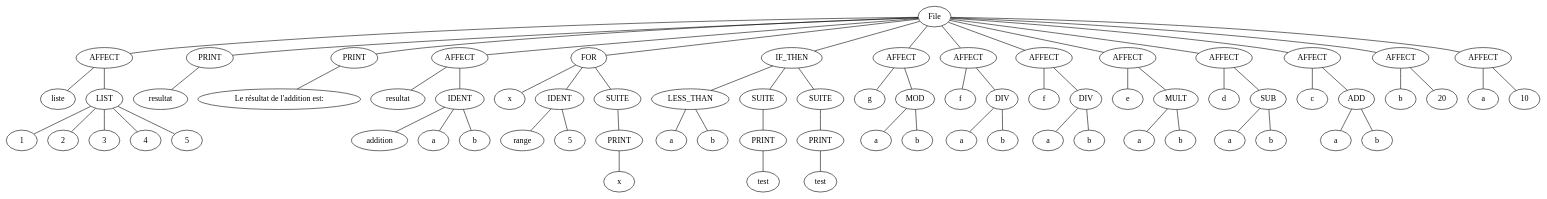
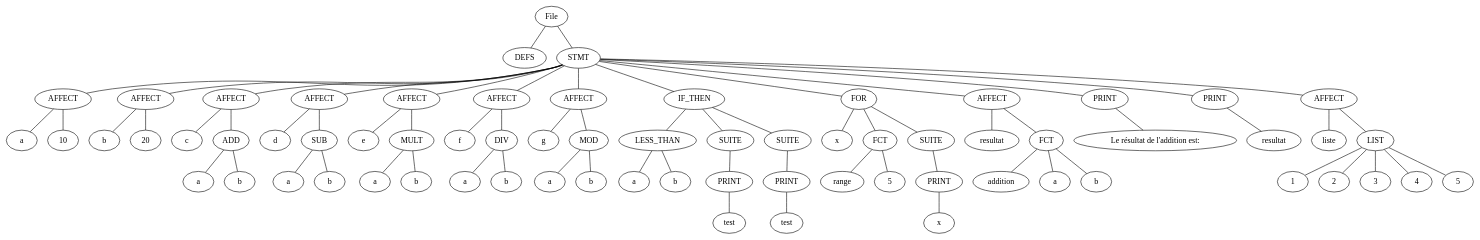
Before and after one commit to nathanl0204/pcl1: the diagram in app/src/main/resources/output.dot, drawn with Graphviz. The commit also changed 6 other files, not shown here.

Commit message:
modif de l'affichage du graph

```diff
--- a/app/src/main/resources/output.dot
+++ b/app/src/main/resources/output.dot
@@ -1,147 +1,141 @@
 graph G {
   root [label="File"];
-  root -- root_681842940;
-  root_681842940 [label="AFFECT"];
-  root_681842940_leftExpr [label="liste"];
-  root_681842940 -- root_681842940_leftExpr;
-  root_681842940_rightExpr [label="LIST"];
-  root_681842940_rightExpr -- root_681842940_rightExpr_2001049719;
-  root_681842940_rightExpr_2001049719 [label="1"];
-  root_681842940_rightExpr -- root_681842940_rightExpr_1528902577;
-  root_681842940_rightExpr_1528902577 [label="2"];
-  root_681842940_rightExpr -- root_681842940_rightExpr_1927950199;
-  root_681842940_rightExpr_1927950199 [label="3"];
-  root_681842940_rightExpr -- root_681842940_rightExpr_868693306;
-  root_681842940_rightExpr_868693306 [label="4"];
-  root_681842940_rightExpr -- root_681842940_rightExpr_1746572565;
-  root_681842940_rightExpr_1746572565 [label="5"];
-  root_681842940 -- root_681842940_rightExpr;
-  root -- root_989110044;
-  root_989110044 [label="PRINT"];
-  root_989110044 -- root_989110044_;
-  root_989110044_ [label="resultat"];
-  root -- root_424058530;
-  root_424058530 [label="PRINT"];
-  root_424058530 -- root_424058530_;
-  root_424058530_ [label="Le résultat de l'addition est:"];
-  root -- root_321001045;
-  root_321001045 [label="AFFECT"];
-  root_321001045_leftExpr [label="resultat"];
-  root_321001045 -- root_321001045_leftExpr;
-  root_321001045_rightExpr [label="IDENT"];
-  root_321001045_rightExpr -- root_321001045_rightExpr_791452441;
-  root_321001045_rightExpr_791452441 [label="addition"];
-  root_321001045_rightExpr -- root_321001045_rightExpr_834600351;
-  root_321001045_rightExpr_834600351 [label="a"];
-  root_321001045_rightExpr -- root_321001045_rightExpr_471910020;
-  root_321001045_rightExpr_471910020 [label="b"];
-  root_321001045 -- root_321001045_rightExpr;
-  root -- root_531885035;
-  root_531885035 [label="FOR"];
-  root_531885035 -- root_531885035_ident;
-  root_531885035_ident [label="x"];
-  root_531885035 -- root_531885035_expr;
-  root_531885035_expr [label="IDENT"];
-  root_531885035_expr -- root_531885035_expr_1418481495;
-  root_531885035_expr_1418481495 [label="range"];
-  root_531885035_expr -- root_531885035_expr_303563356;
-  root_531885035_expr_303563356 [label="5"];
-  root_531885035 -- root_531885035_suite;
-  root_531885035_suite [label="SUITE"];
-  root_531885035_suite -- root_531885035_suite_135721597;
-  root_531885035_suite_135721597 [label="PRINT"];
-  root_531885035_suite_135721597 -- root_531885035_suite_135721597_;
-  root_531885035_suite_135721597_ [label="x"];
-  root -- root_142257191;
-  root_142257191 [label="IF_THEN"];
-  root_142257191 -- root_142257191_if;
-  root_142257191_if [label="LESS_THAN"];
-  root_142257191_if -- root_142257191_if_left;
-  root_142257191_if_left [label="a"];
-  root_142257191_if -- root_142257191_if_right;
-  root_142257191_if_right [label="b"];
-  root_142257191 -- root_142257191_then;
-  root_142257191_then [label="SUITE"];
-  root_142257191_then -- root_142257191_then_1044036744;
-  root_142257191_then_1044036744 [label="PRINT"];
-  root_142257191_then_1044036744 -- root_142257191_then_1044036744_;
-  root_142257191_then_1044036744_ [label="test"];
-  root_142257191 -- root_142257191_else;
-  root_142257191_else [label="SUITE"];
-  root_142257191_else -- root_142257191_else_1826771953;
-  root_142257191_else_1826771953 [label="PRINT"];
-  root_142257191_else_1826771953 -- root_142257191_else_1826771953_;
-  root_142257191_else_1826771953_ [label="test"];
-  root -- root_1406718218;
-  root_1406718218 [label="AFFECT"];
-  root_1406718218_leftExpr [label="g"];
-  root_1406718218 -- root_1406718218_leftExpr;
-  root_1406718218_rightExpr [label="MOD"];
-  root_1406718218_rightExpr -- root_1406718218_rightExpr_left;
-  root_1406718218_rightExpr_left [label="a"];
-  root_1406718218_rightExpr -- root_1406718218_rightExpr_right;
-  root_1406718218_rightExpr_right [label="b"];
-  root_1406718218 -- root_1406718218_rightExpr;
-  root -- root_245257410;
-  root_245257410 [label="AFFECT"];
-  root_245257410_leftExpr [label="f"];
-  root_245257410 -- root_245257410_leftExpr;
-  root_245257410_rightExpr [label="DIV"];
-  root_245257410_rightExpr -- root_245257410_rightExpr_left;
-  root_245257410_rightExpr_left [label="a"];
-  root_245257410_rightExpr -- root_245257410_rightExpr_right;
-  root_245257410_rightExpr_right [label="b"];
-  root_245257410 -- root_245257410_rightExpr;
-  root -- root_1705736037;
-  root_1705736037 [label="AFFECT"];
-  root_1705736037_leftExpr [label="f"];
-  root_1705736037 -- root_1705736037_leftExpr;
-  root_1705736037_rightExpr [label="DIV"];
-  root_1705736037_rightExpr -- root_1705736037_rightExpr_left;
-  root_1705736037_rightExpr_left [label="a"];
-  root_1705736037_rightExpr -- root_1705736037_rightExpr_right;
-  root_1705736037_rightExpr_right [label="b"];
-  root_1705736037 -- root_1705736037_rightExpr;
-  root -- root_455659002;
-  root_455659002 [label="AFFECT"];
-  root_455659002_leftExpr [label="e"];
-  root_455659002 -- root_455659002_leftExpr;
-  root_455659002_rightExpr [label="MULT"];
-  root_455659002_rightExpr -- root_455659002_rightExpr_left;
-  root_455659002_rightExpr_left [label="a"];
-  root_455659002_rightExpr -- root_455659002_rightExpr_right;
-  root_455659002_rightExpr_right [label="b"];
-  root_455659002 -- root_455659002_rightExpr;
-  root -- root_250421012;
-  root_250421012 [label="AFFECT"];
-  root_250421012_leftExpr [label="d"];
-  root_250421012 -- root_250421012_leftExpr;
-  root_250421012_rightExpr [label="SUB"];
-  root_250421012_rightExpr -- root_250421012_rightExpr_left;
-  root_250421012_rightExpr_left [label="a"];
-  root_250421012_rightExpr -- root_250421012_rightExpr_right;
-  root_250421012_rightExpr_right [label="b"];
-  root_250421012 -- root_250421012_rightExpr;
-  root -- root_1915318863;
-  root_1915318863 [label="AFFECT"];
-  root_1915318863_leftExpr [label="c"];
-  root_1915318863 -- root_1915318863_leftExpr;
-  root_1915318863_rightExpr [label="ADD"];
-  root_1915318863_rightExpr -- root_1915318863_rightExpr_left;
-  root_1915318863_rightExpr_left [label="a"];
-  root_1915318863_rightExpr -- root_1915318863_rightExpr_right;
-  root_1915318863_rightExpr_right [label="b"];
-  root_1915318863 -- root_1915318863_rightExpr;
-  root -- root_1283928880;
-  root_1283928880 [label="AFFECT"];
-  root_1283928880_leftExpr [label="b"];
-  root_1283928880 -- root_1283928880_leftExpr;
-  root_1283928880_rightExpr [label="20"];
-  root_1283928880 -- root_1283928880_rightExpr;
-  root -- root_295530567;
-  root_295530567 [label="AFFECT"];
-  root_295530567_leftExpr [label="a"];
-  root_295530567 -- root_295530567_leftExpr;
-  root_295530567_rightExpr [label="10"];
-  root_295530567 -- root_295530567_rightExpr;
+  root -- root_defs;
+  root_defs [label="DEFS"];
+  root -- root_stmts;
+  root_stmts [label="STMT"];
+  root_stmts -- root_stmts_2061475679;
+  root_stmts_2061475679 [label="AFFECT"];
+  root_stmts_2061475679_leftExpr [label="a"];
+  root_stmts_2061475679 -- root_stmts_2061475679_leftExpr;
+  root_stmts_2061475679_rightExpr [label="10"];
+  root_stmts_2061475679 -- root_stmts_2061475679_rightExpr;
+  root_stmts -- root_stmts_989110044;
+  root_stmts_989110044 [label="AFFECT"];
+  root_stmts_989110044_leftExpr [label="b"];
+  root_stmts_989110044 -- root_stmts_989110044_leftExpr;
+  root_stmts_989110044_rightExpr [label="20"];
+  root_stmts_989110044 -- root_stmts_989110044_rightExpr;
+  root_stmts -- root_stmts_424058530;
+  root_stmts_424058530 [label="AFFECT"];
+  root_stmts_424058530_leftExpr [label="c"];
+  root_stmts_424058530 -- root_stmts_424058530_leftExpr;
+  root_stmts_424058530_rightExpr [label="ADD"];
+  root_stmts_424058530_rightExpr -- root_stmts_424058530_rightExpr_left;
+  root_stmts_424058530_rightExpr_left [label="a"];
+  root_stmts_424058530_rightExpr -- root_stmts_424058530_rightExpr_right;
+  root_stmts_424058530_rightExpr_right [label="b"];
+  root_stmts_424058530 -- root_stmts_424058530_rightExpr;
+  root_stmts -- root_stmts_321001045;
+  root_stmts_321001045 [label="AFFECT"];
+  root_stmts_321001045_leftExpr [label="d"];
+  root_stmts_321001045 -- root_stmts_321001045_leftExpr;
+  root_stmts_321001045_rightExpr [label="SUB"];
+  root_stmts_321001045_rightExpr -- root_stmts_321001045_rightExpr_left;
+  root_stmts_321001045_rightExpr_left [label="a"];
+  root_stmts_321001045_rightExpr -- root_stmts_321001045_rightExpr_right;
+  root_stmts_321001045_rightExpr_right [label="b"];
+  root_stmts_321001045 -- root_stmts_321001045_rightExpr;
+  root_stmts -- root_stmts_791452441;
+  root_stmts_791452441 [label="AFFECT"];
+  root_stmts_791452441_leftExpr [label="e"];
+  root_stmts_791452441 -- root_stmts_791452441_leftExpr;
+  root_stmts_791452441_rightExpr [label="MULT"];
+  root_stmts_791452441_rightExpr -- root_stmts_791452441_rightExpr_left;
+  root_stmts_791452441_rightExpr_left [label="a"];
+  root_stmts_791452441_rightExpr -- root_stmts_791452441_rightExpr_right;
+  root_stmts_791452441_rightExpr_right [label="b"];
+  root_stmts_791452441 -- root_stmts_791452441_rightExpr;
+  root_stmts -- root_stmts_834600351;
+  root_stmts_834600351 [label="AFFECT"];
+  root_stmts_834600351_leftExpr [label="f"];
+  root_stmts_834600351 -- root_stmts_834600351_leftExpr;
+  root_stmts_834600351_rightExpr [label="DIV"];
+  root_stmts_834600351_rightExpr -- root_stmts_834600351_rightExpr_left;
+  root_stmts_834600351_rightExpr_left [label="a"];
+  root_stmts_834600351_rightExpr -- root_stmts_834600351_rightExpr_right;
+  root_stmts_834600351_rightExpr_right [label="b"];
+  root_stmts_834600351 -- root_stmts_834600351_rightExpr;
+  root_stmts -- root_stmts_471910020;
+  root_stmts_471910020 [label="AFFECT"];
+  root_stmts_471910020_leftExpr [label="g"];
+  root_stmts_471910020 -- root_stmts_471910020_leftExpr;
+  root_stmts_471910020_rightExpr [label="MOD"];
+  root_stmts_471910020_rightExpr -- root_stmts_471910020_rightExpr_left;
+  root_stmts_471910020_rightExpr_left [label="a"];
+  root_stmts_471910020_rightExpr -- root_stmts_471910020_rightExpr_right;
+  root_stmts_471910020_rightExpr_right [label="b"];
+  root_stmts_471910020 -- root_stmts_471910020_rightExpr;
+  root_stmts -- root_stmts_531885035;
+  root_stmts_531885035 [label="IF_THEN"];
+  root_stmts_531885035 -- root_stmts_531885035_if;
+  root_stmts_531885035_if [label="LESS_THAN"];
+  root_stmts_531885035_if -- root_stmts_531885035_if_left;
+  root_stmts_531885035_if_left [label="a"];
+  root_stmts_531885035_if -- root_stmts_531885035_if_right;
+  root_stmts_531885035_if_right [label="b"];
+  root_stmts_531885035 -- root_stmts_531885035_then;
+  root_stmts_531885035_then [label="SUITE"];
+  root_stmts_531885035_then -- root_stmts_531885035_then_1418481495;
+  root_stmts_531885035_then_1418481495 [label="PRINT"];
+  root_stmts_531885035_then_1418481495 -- root_stmts_531885035_then_1418481495_;
+  root_stmts_531885035_then_1418481495_ [label="test"];
+  root_stmts_531885035 -- root_stmts_531885035_else;
+  root_stmts_531885035_else [label="SUITE"];
+  root_stmts_531885035_else -- root_stmts_531885035_else_303563356;
+  root_stmts_531885035_else_303563356 [label="PRINT"];
+  root_stmts_531885035_else_303563356 -- root_stmts_531885035_else_303563356_;
+  root_stmts_531885035_else_303563356_ [label="test"];
+  root_stmts -- root_stmts_135721597;
+  root_stmts_135721597 [label="FOR"];
+  root_stmts_135721597 -- root_stmts_135721597_ident;
+  root_stmts_135721597_ident [label="x"];
+  root_stmts_135721597 -- root_stmts_135721597_expr;
+  root_stmts_135721597_expr [label="FCT"];
+  root_stmts_135721597_expr -- root_stmts_135721597_expr_142257191;
+  root_stmts_135721597_expr_142257191 [label="range"];
+  root_stmts_135721597_expr -- root_stmts_135721597_expr_1044036744;
+  root_stmts_135721597_expr_1044036744 [label="5"];
+  root_stmts_135721597 -- root_stmts_135721597_suite;
+  root_stmts_135721597_suite [label="SUITE"];
+  root_stmts_135721597_suite -- root_stmts_135721597_suite_1826771953;
+  root_stmts_135721597_suite_1826771953 [label="PRINT"];
+  root_stmts_135721597_suite_1826771953 -- root_stmts_135721597_suite_1826771953_;
+  root_stmts_135721597_suite_1826771953_ [label="x"];
+  root_stmts -- root_stmts_1406718218;
+  root_stmts_1406718218 [label="AFFECT"];
+  root_stmts_1406718218_leftExpr [label="resultat"];
+  root_stmts_1406718218 -- root_stmts_1406718218_leftExpr;
+  root_stmts_1406718218_rightExpr [label="FCT"];
+  root_stmts_1406718218_rightExpr -- root_stmts_1406718218_rightExpr_245257410;
+  root_stmts_1406718218_rightExpr_245257410 [label="addition"];
+  root_stmts_1406718218_rightExpr -- root_stmts_1406718218_rightExpr_1705736037;
+  root_stmts_1406718218_rightExpr_1705736037 [label="a"];
+  root_stmts_1406718218_rightExpr -- root_stmts_1406718218_rightExpr_455659002;
+  root_stmts_1406718218_rightExpr_455659002 [label="b"];
+  root_stmts_1406718218 -- root_stmts_1406718218_rightExpr;
+  root_stmts -- root_stmts_250421012;
+  root_stmts_250421012 [label="PRINT"];
+  root_stmts_250421012 -- root_stmts_250421012_;
+  root_stmts_250421012_ [label="Le résultat de l'addition est:"];
+  root_stmts -- root_stmts_1915318863;
+  root_stmts_1915318863 [label="PRINT"];
+  root_stmts_1915318863 -- root_stmts_1915318863_;
+  root_stmts_1915318863_ [label="resultat"];
+  root_stmts -- root_stmts_1283928880;
+  root_stmts_1283928880 [label="AFFECT"];
+  root_stmts_1283928880_leftExpr [label="liste"];
+  root_stmts_1283928880 -- root_stmts_1283928880_leftExpr;
+  root_stmts_1283928880_rightExpr [label="LIST"];
+  root_stmts_1283928880_rightExpr -- root_stmts_1283928880_rightExpr_295530567;
+  root_stmts_1283928880_rightExpr_295530567 [label="1"];
+  root_stmts_1283928880_rightExpr -- root_stmts_1283928880_rightExpr_2003749087;
+  root_stmts_1283928880_rightExpr_2003749087 [label="2"];
+  root_stmts_1283928880_rightExpr -- root_stmts_1283928880_rightExpr_1324119927;
+  root_stmts_1283928880_rightExpr_1324119927 [label="3"];
+  root_stmts_1283928880_rightExpr -- root_stmts_1283928880_rightExpr_990368553;
+  root_stmts_1283928880_rightExpr_990368553 [label="4"];
+  root_stmts_1283928880_rightExpr -- root_stmts_1283928880_rightExpr_1096979270;
+  root_stmts_1283928880_rightExpr_1096979270 [label="5"];
+  root_stmts_1283928880 -- root_stmts_1283928880_rightExpr;
 }
```
